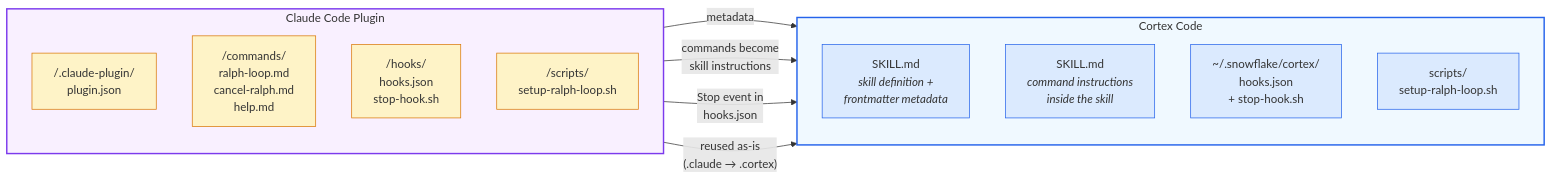
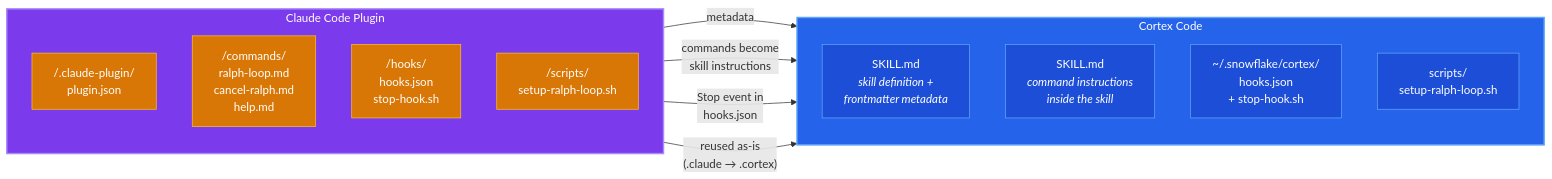
Before and after one commit to sfc-gh-mcastro/coco-ralph-loop: the diagram in readme.md, drawn with Mermaid.

Commit message:
Update diagram colors for dark/light mode compatibility
Use solid mid-tone fills with white text so the Mermaid diagram
is readable on both dark and light GitHub backgrounds.

.... Generated with [Cortex Code](https://docs.snowflake.com/en/user-guide/cortex-code/cortex-code)

````diff
--- a/readme.md
+++ b/readme.md
@@ -17,34 +17,34 @@
 ```mermaid
 graph LR
     subgraph CC["Claude Code Plugin"]
         direction TB
         A1["/.claude-plugin/<br/>plugin.json"]
         A2["/commands/<br/>ralph-loop.md<br/>cancel-ralph.md<br/>help.md"]
         A3["/hooks/<br/>hooks.json<br/>stop-hook.sh"]
         A4["/scripts/<br/>setup-ralph-loop.sh"]
     end
 
     subgraph CoCo["Cortex Code"]
         direction TB
         B1["SKILL.md<br/><i>skill definition +<br/>frontmatter metadata</i>"]
         B2["SKILL.md<br/><i>command instructions<br/>inside the skill</i>"]
         B3["~/.snowflake/cortex/<br/>hooks.json<br/>+ stop-hook.sh"]
         B4["scripts/<br/>setup-ralph-loop.sh"]
     end
 
     A1 -- "metadata" --> B1
     A2 -- "commands become<br/>skill instructions" --> B2
     A3 -- "Stop event in<br/>hooks.json" --> B3
     A4 -- "reused as-is<br/>(.claude → .cortex)" --> B4
 
-    style CC fill:#f9f0ff,stroke:#7c3aed,stroke-width:2px
-    style CoCo fill:#f0f9ff,stroke:#2563eb,stroke-width:2px
-    style A1 fill:#fef3c7,stroke:#d97706
-    style A2 fill:#fef3c7,stroke:#d97706
-    style A3 fill:#fef3c7,stroke:#d97706
-    style A4 fill:#fef3c7,stroke:#d97706
-    style B1 fill:#dbeafe,stroke:#2563eb
-    style B2 fill:#dbeafe,stroke:#2563eb
-    style B3 fill:#dbeafe,stroke:#2563eb
-    style B4 fill:#dbeafe,stroke:#2563eb
+    style CC fill:#7c3aed,stroke:#a78bfa,stroke-width:2px,color:#fff
+    style CoCo fill:#2563eb,stroke:#60a5fa,stroke-width:2px,color:#fff
+    style A1 fill:#d97706,stroke:#fbbf24,color:#fff
+    style A2 fill:#d97706,stroke:#fbbf24,color:#fff
+    style A3 fill:#d97706,stroke:#fbbf24,color:#fff
+    style A4 fill:#d97706,stroke:#fbbf24,color:#fff
+    style B1 fill:#1d4ed8,stroke:#60a5fa,color:#fff
+    style B2 fill:#1d4ed8,stroke:#60a5fa,color:#fff
+    style B3 fill:#1d4ed8,stroke:#60a5fa,color:#fff
+    style B4 fill:#1d4ed8,stroke:#60a5fa,color:#fff
 ```
````
